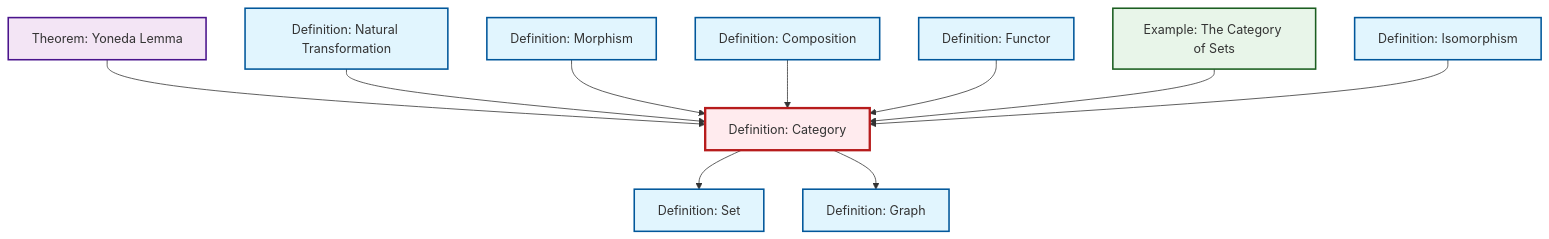
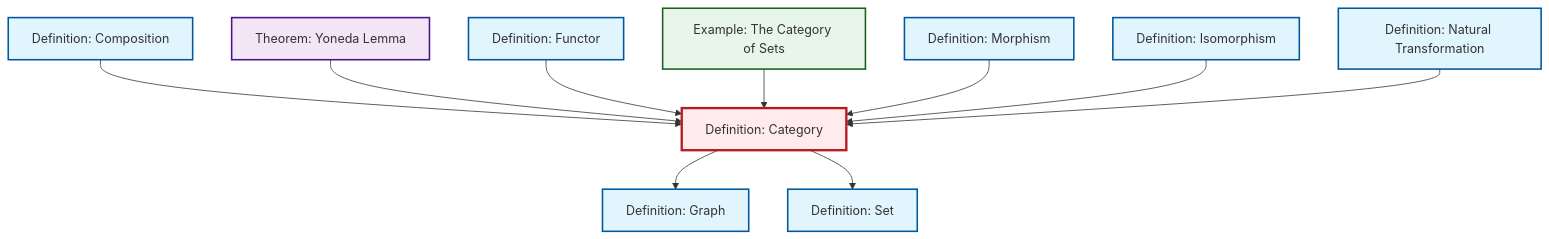
The diagram in content/en/category-theory/def-category.qmd (RK0429/ModernMath), drawn with Mermaid before and after one commit. The commit also changed other lines of this file and 615 other files, not shown here.

````diff
--- a/content/en/category-theory/def-category.qmd
+++ b/content/en/category-theory/def-category.qmd
@@ -47,38 +47,38 @@
 ```{mermaid}
 %%| fig-cap: "Local dependency graph"
 graph TD
     classDef definition fill:#e1f5fe,stroke:#01579b,stroke-width:2px
     classDef theorem fill:#f3e5f5,stroke:#4a148c,stroke-width:2px
     classDef axiom fill:#fff3e0,stroke:#e65100,stroke-width:2px
     classDef example fill:#e8f5e9,stroke:#1b5e20,stroke-width:2px
     classDef current fill:#ffebee,stroke:#b71c1c,stroke-width:3px
+    def-natural-transformation["Definition: Natural Transformation"]:::definition
+    ex-set-category["Example: The Category of Sets"]:::example
     def-set["Definition: Set"]:::definition
+    def-category["Definition: Category"]:::definition
+    def-composition["Definition: Composition"]:::definition
+    def-functor["Definition: Functor"]:::definition
+    def-morphism["Definition: Morphism"]:::definition
+    thm-yoneda["Theorem: Yoneda Lemma"]:::theorem
+    def-graph["Definition: Graph"]:::definition
     def-isomorphism["Definition: Isomorphism"]:::definition
-    def-functor["Definition: Functor"]:::definition
-    thm-yoneda["Theorem: Yoneda Lemma"]:::theorem
-    def-natural-transformation["Definition: Natural Transformation"]:::definition
-    def-graph["Definition: Graph"]:::definition
-    def-category["Definition: Category"]:::definition
-    def-morphism["Definition: Morphism"]:::definition
-    ex-set-category["Example: The Category of Sets"]:::example
-    def-composition["Definition: Composition"]:::definition
+    def-composition --> def-category
     thm-yoneda --> def-category
-    def-natural-transformation --> def-category
-    def-morphism --> def-category
-    def-composition --> def-category
-    def-category --> def-set
-    def-category --> def-graph
     def-functor --> def-category
     ex-set-category --> def-category
+    def-morphism --> def-category
     def-isomorphism --> def-category
+    def-category --> def-graph
+    def-category --> def-set
+    def-natural-transformation --> def-category
     class def-category current
+    click def-natural-transformation "def-natural-transformation.html" "Go to Natural Transformation definition"
+    click ex-set-category "ex-set-category.html" "Go to The Category of Sets example"
     click def-set "def-set.html" "Go to Set definition"
+    click def-composition "def-composition.html" "Go to Composition definition"
+    click def-functor "def-functor.html" "Go to Functor definition"
+    click def-morphism "def-morphism.html" "Go to Morphism definition"
+    click thm-yoneda "thm-yoneda.html" "Go to Yoneda Lemma theorem"
+    click def-graph "def-graph.html" "Go to Graph definition"
     click def-isomorphism "def-isomorphism.html" "Go to Isomorphism definition"
-    click def-functor "def-functor.html" "Go to Functor definition"
-    click thm-yoneda "thm-yoneda.html" "Go to Yoneda Lemma theorem"
-    click def-natural-transformation "def-natural-transformation.html" "Go to Natural Transformation definition"
-    click def-graph "def-graph.html" "Go to Graph definition"
-    click def-morphism "def-morphism.html" "Go to Morphism definition"
-    click ex-set-category "ex-set-category.html" "Go to The Category of Sets example"
-    click def-composition "def-composition.html" "Go to Composition definition"
 ```
````
